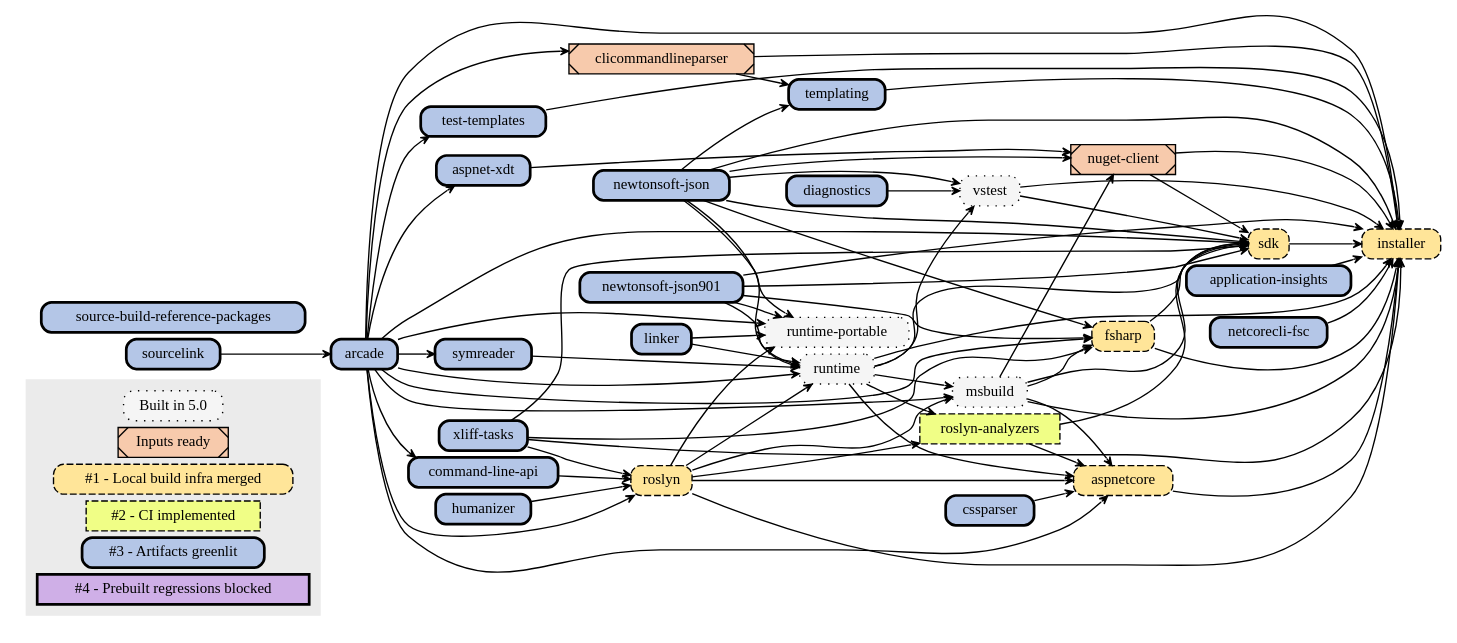
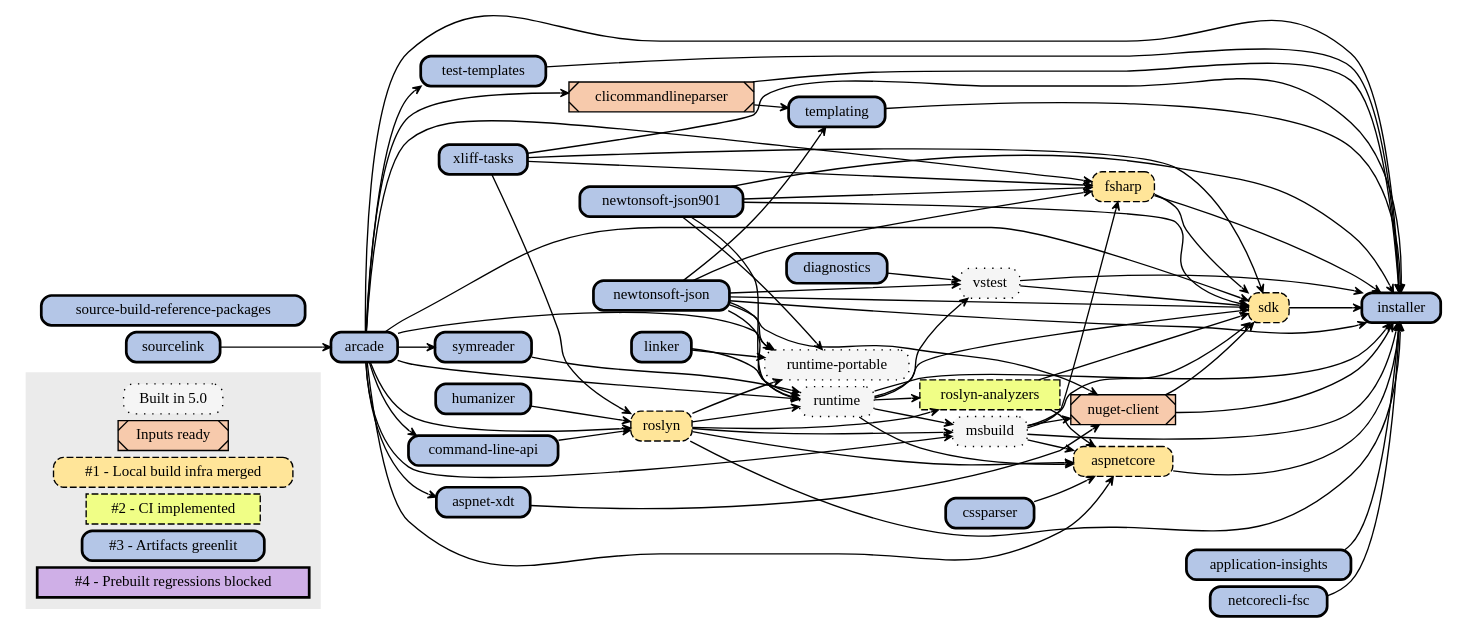
The diagram in Documentation/planning/arcade-powered-source-build/img/implementation-plan-graph.dot (dotnet/source-build), drawn with Graphviz before and after one commit. The commit also changed other lines of this file, not shown here.

```diff
--- a/Documentation/planning/arcade-powered-source-build/img/implementation-plan-graph.dot
+++ b/Documentation/planning/arcade-powered-source-build/img/implementation-plan-graph.dot
@@ -1,147 +1,147 @@
 // dot.exe implementation-plan-graph.dot -Tsvg -o implementation-plan-graph.svg
 
 digraph {
 node[
   shape=rect
   width=0 height=0 margin=0.07
   style=filled
   fontsize=11]
 edge[
   penwidth=1
   arrowsize=0.6
   arrowhead=vee
   pencolor="#444444"]
 rankdir=LR
 nodesep=0.07
 ranksep=0.08
 
 node [fillcolor="#F5F5F5",style="dotted,filled,rounded",tooltip="Built"]
 "pre0"[label="Built in 5.0"]
 "msbuild"
 "runtime-portable"
 "runtime"
 "vstest"
 
 node [fillcolor="#F7CAAC",style="filled,diagonals",tooltip="Inputs ready"]
 "pre1"[label="Inputs ready"]
 "clicommandlineparser"
 "nuget-client"
 
 node [fillcolor="#FFE599",style="dashed,filled,rounded",tooltip="1"]
 "s1"[label="#1 - Local build infra merged"]
 "aspnetcore"
 "fsharp"
-"installer"
 "roslyn"
 "sdk"
 
 node [fillcolor="#F0FE86",style="dashed,filled",tooltip="2"]
 "s2"[label="#2 - CI implemented"]
 "roslyn-analyzers"
 
 node [fillcolor="#B4C6E7",style="bold,filled,rounded",tooltip="3"]
 "s3"[label="#3 - Artifacts greenlit"]
 "application-insights"
 "arcade"
 "aspnet-xdt"
 "command-line-api"
 "cssparser"
 "diagnostics"
 "humanizer"
+"installer"
 "linker"
 "netcorecli-fsc"
 "newtonsoft-json"
 "newtonsoft-json901"
 "source-build-reference-packages"
 "sourcelink"
 "symreader"
 "templating"
 "test-templates"
 "xliff-tasks"
 
 node [fillcolor="#CFAFE7",style="bold,filled",tooltip="4"]
 "s4"[label="#4 - Prebuilt regressions blocked"]
 
 // Color all future nodes red. All nodes should be accounted for: red means they need a category.
 node [fillcolor="#FF0000",style=filled]
 
 subgraph clusterLegend {
   style=filled
   color="#ebebeb"
   "pre0" "pre1" "s1" "s2" "s3" "s4"
 }
 
 // Remaining text created by generate-graphviz.proj based on repos/*.proj:
 "sourcelink" -> "arcade"
 "arcade" -> "aspnet-xdt"
 "arcade" -> "aspnetcore"
 "cssparser" -> "aspnetcore"
 "runtime" -> "aspnetcore"
 "msbuild" -> "aspnetcore"
 "roslyn" -> "aspnetcore"
 "roslyn-analyzers" -> "aspnetcore"
 "arcade" -> "clicommandlineparser"
 "arcade" -> "command-line-api"
 "arcade" -> "fsharp"
 "msbuild" -> "fsharp"
 "newtonsoft-json901" -> "fsharp"
 "newtonsoft-json" -> "fsharp"
 "xliff-tasks" -> "fsharp"
 "application-insights" -> "installer"
 "arcade" -> "installer"
 "aspnetcore" -> "installer"
 "clicommandlineparser" -> "installer"
 "fsharp" -> "installer"
 "msbuild" -> "installer"
 "netcorecli-fsc" -> "installer"
 "newtonsoft-json" -> "installer"
 "newtonsoft-json901" -> "installer"
 "nuget-client" -> "installer"
 "roslyn" -> "installer"
 "runtime" -> "installer"
 "sdk" -> "installer"
 "templating" -> "installer"
 "test-templates" -> "installer"
 "vstest" -> "installer"
 "xliff-tasks" -> "installer"
 "arcade" -> "msbuild"
 "runtime" -> "msbuild"
 "roslyn" -> "msbuild"
 "newtonsoft-json" -> "nuget-client"
 "msbuild" -> "nuget-client"
 "aspnet-xdt" -> "nuget-client"
 "runtime" -> "roslyn-analyzers"
 "roslyn" -> "roslyn-analyzers"
 "arcade" -> "roslyn"
 "command-line-api" -> "roslyn"
 "humanizer" -> "roslyn"
 "xliff-tasks" -> "roslyn"
 "arcade" -> "runtime-portable"
 "linker" -> "runtime-portable"
 "newtonsoft-json" -> "runtime-portable"
 "newtonsoft-json901" -> "runtime-portable"
 "roslyn" -> "runtime-portable"
 "arcade" -> "runtime"
 "symreader" -> "runtime"
 "linker" -> "runtime"
 "newtonsoft-json" -> "runtime"
 "newtonsoft-json901" -> "runtime"
 "roslyn" -> "runtime"
 "arcade" -> "sdk"
 "xliff-tasks" -> "sdk"
 "runtime" -> "sdk"
 "msbuild" -> "sdk"
 "newtonsoft-json" -> "sdk"
 "newtonsoft-json901" -> "sdk"
 "nuget-client" -> "sdk"
 "roslyn-analyzers" -> "sdk"
 "vstest" -> "sdk"
 "fsharp" -> "sdk"
 "arcade" -> "symreader"
 "clicommandlineparser" -> "templating"
 "newtonsoft-json" -> "templating"
 "arcade" -> "test-templates"
 "diagnostics" -> "vstest"
 "runtime" -> "vstest"
 "newtonsoft-json" -> "vstest"
 }
```
